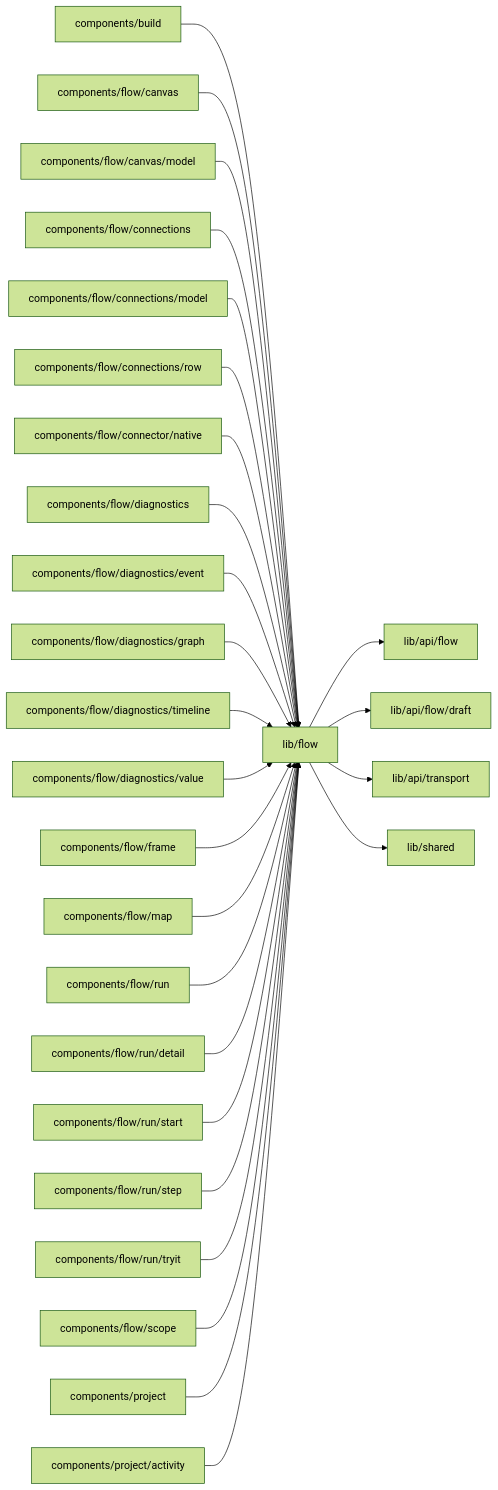
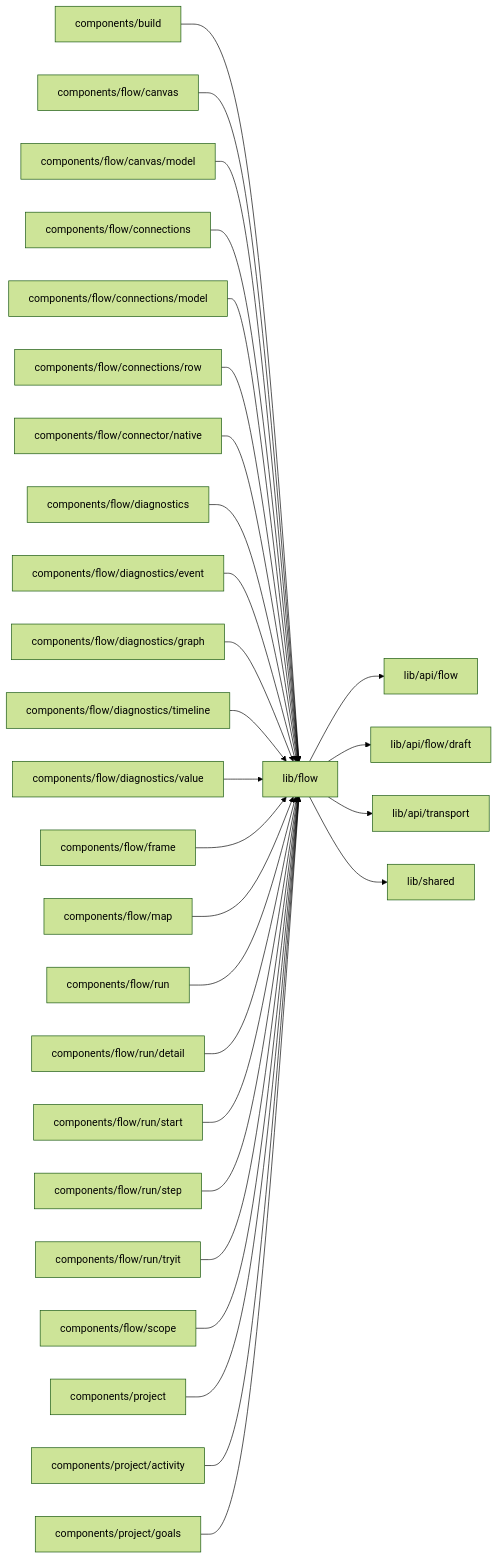
Before and after one commit to superdurable/superverse: the diagram in web/studio/lib/flow/README.md, drawn with Mermaid (forest theme). The commit also changed other lines of this file and 145 other files, not shown here.

````diff
--- a/web/studio/lib/flow/README.md
+++ b/web/studio/lib/flow/README.md
@@ -10,30 +10,31 @@
 ```mermaid
 flowchart LR
   self["lib/flow"]
   c0["components/build"] --> self
   c1["components/flow/canvas"] --> self
   c2["components/flow/canvas/model"] --> self
   c3["components/flow/connections"] --> self
   c4["components/flow/connections/model"] --> self
   c5["components/flow/connections/row"] --> self
   c6["components/flow/connector/native"] --> self
   c7["components/flow/diagnostics"] --> self
   c8["components/flow/diagnostics/event"] --> self
   c9["components/flow/diagnostics/graph"] --> self
   c10["components/flow/diagnostics/timeline"] --> self
   c11["components/flow/diagnostics/value"] --> self
   c12["components/flow/frame"] --> self
   c13["components/flow/map"] --> self
   c14["components/flow/run"] --> self
   c15["components/flow/run/detail"] --> self
   c16["components/flow/run/start"] --> self
   c17["components/flow/run/step"] --> self
   c18["components/flow/run/tryit"] --> self
   c19["components/flow/scope"] --> self
   c20["components/project"] --> self
   c21["components/project/activity"] --> self
+  c22["components/project/goals"] --> self
   self --> d0["lib/api/flow"]
   self --> d1["lib/api/flow/draft"]
   self --> d2["lib/api/transport"]
   self --> d3["lib/shared"]
 ```
````
